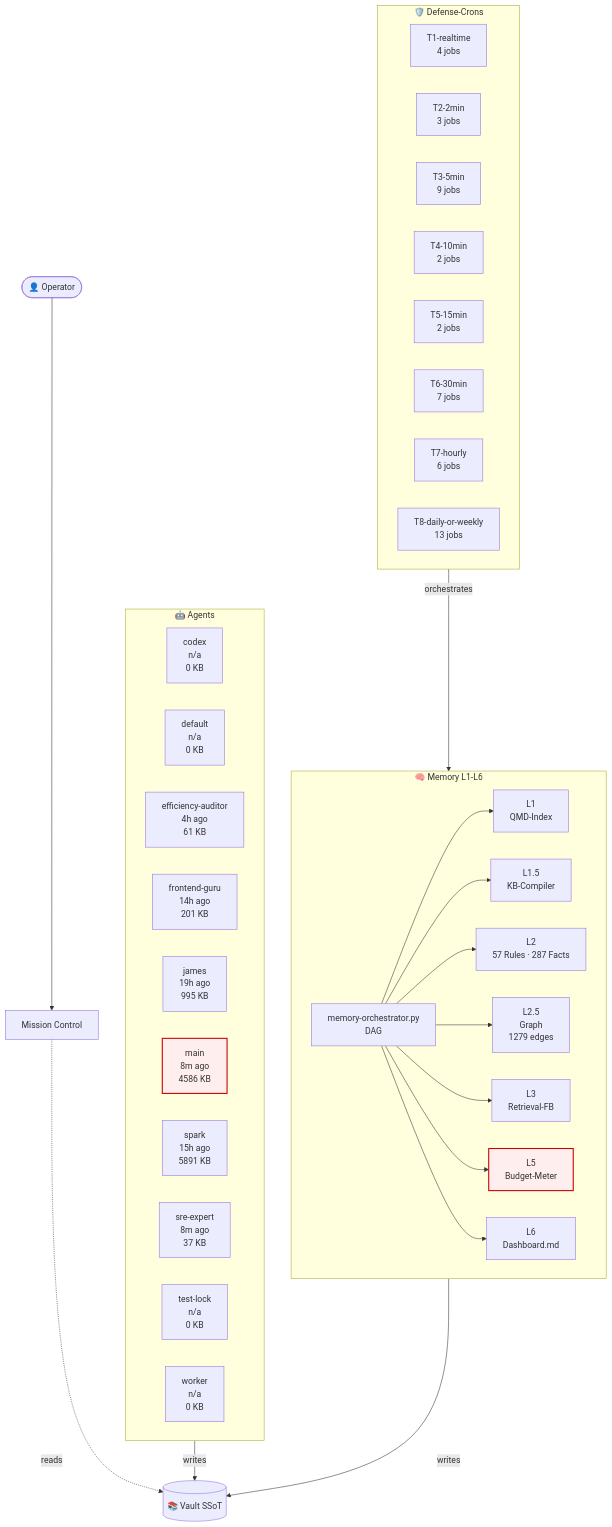
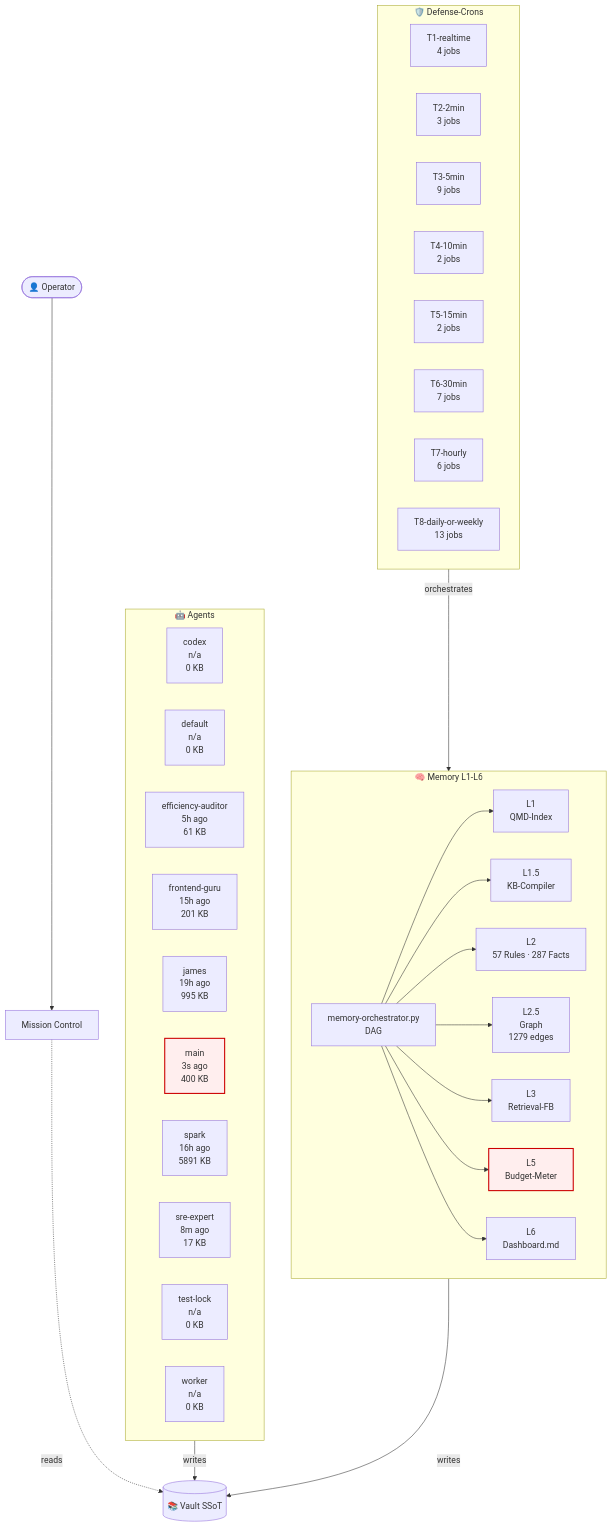
Before and after one commit to lenardhuebner88-rgb/openclaw-memory: the diagram in 03-Agents/architecture-live.md, drawn with Mermaid. The commit also changed other lines of this file and 17 other files, not shown here.

````diff
--- a/03-Agents/architecture-live.md
+++ b/03-Agents/architecture-live.md
@@ -18,53 +18,53 @@
 ```mermaid
 flowchart TB
     classDef critical fill:#fee,stroke:#c00,stroke-width:2px;
     subgraph AGT["🤖 Agents"]
         agent_codex["codex<br/>n/a<br/>0 KB"]
         agent_default["default<br/>n/a<br/>0 KB"]
-        agent_efficiency_auditor["efficiency-auditor<br/>4h ago<br/>61 KB"]
-        agent_frontend_guru["frontend-guru<br/>14h ago<br/>201 KB"]
+        agent_efficiency_auditor["efficiency-auditor<br/>5h ago<br/>61 KB"]
+        agent_frontend_guru["frontend-guru<br/>15h ago<br/>201 KB"]
         agent_james["james<br/>19h ago<br/>995 KB"]
-        agent_main["main<br/>8m ago<br/>4586 KB"]
-        agent_spark["spark<br/>15h ago<br/>5891 KB"]
-        agent_sre_expert["sre-expert<br/>8m ago<br/>37 KB"]
+        agent_main["main<br/>3s ago<br/>400 KB"]
+        agent_spark["spark<br/>16h ago<br/>5891 KB"]
+        agent_sre_expert["sre-expert<br/>8m ago<br/>17 KB"]
         agent_test_lock["test-lock<br/>n/a<br/>0 KB"]
         agent_worker["worker<br/>n/a<br/>0 KB"]
     end
     subgraph MEM["🧠 Memory L1-L6"]
         L1["L1<br/>QMD-Index"]
         L15["L1.5<br/>KB-Compiler"]
         L2["L2<br/>57 Rules · 287 Facts"]
         L25["L2.5<br/>Graph<br/>1279 edges"]
         L3["L3<br/>Retrieval-FB"]
         L5["L5<br/>Budget-Meter"]
         L6["L6<br/>Dashboard.md"]
         ORCH["memory-orchestrator.py<br/>DAG"]
     end
     subgraph CRN["🛡️ Defense-Crons"]
         tier_T1_realtime["T1-realtime<br/>4 jobs"]
         tier_T2_2min["T2-2min<br/>3 jobs"]
         tier_T3_5min["T3-5min<br/>9 jobs"]
         tier_T4_10min["T4-10min<br/>2 jobs"]
         tier_T5_15min["T5-15min<br/>2 jobs"]
         tier_T6_30min["T6-30min<br/>7 jobs"]
         tier_T7_hourly["T7-hourly<br/>6 jobs"]
         tier_T8_daily_or_weekly["T8-daily-or-weekly<br/>13 jobs"]
     end
     VAULT[("📚 Vault SSoT")]
     OP([👤 Operator])
     MC["Mission Control"]
     OP --> MC
     MC -.reads.-> VAULT
     AGT -->|writes| VAULT
     MEM -->|writes| VAULT
     ORCH --> L1
     ORCH --> L15
     ORCH --> L2
     ORCH --> L25
     ORCH --> L3
     ORCH --> L5
     ORCH --> L6
     CRN -->|orchestrates| MEM
     class L5 critical
     class agent_main critical
 ```
````
